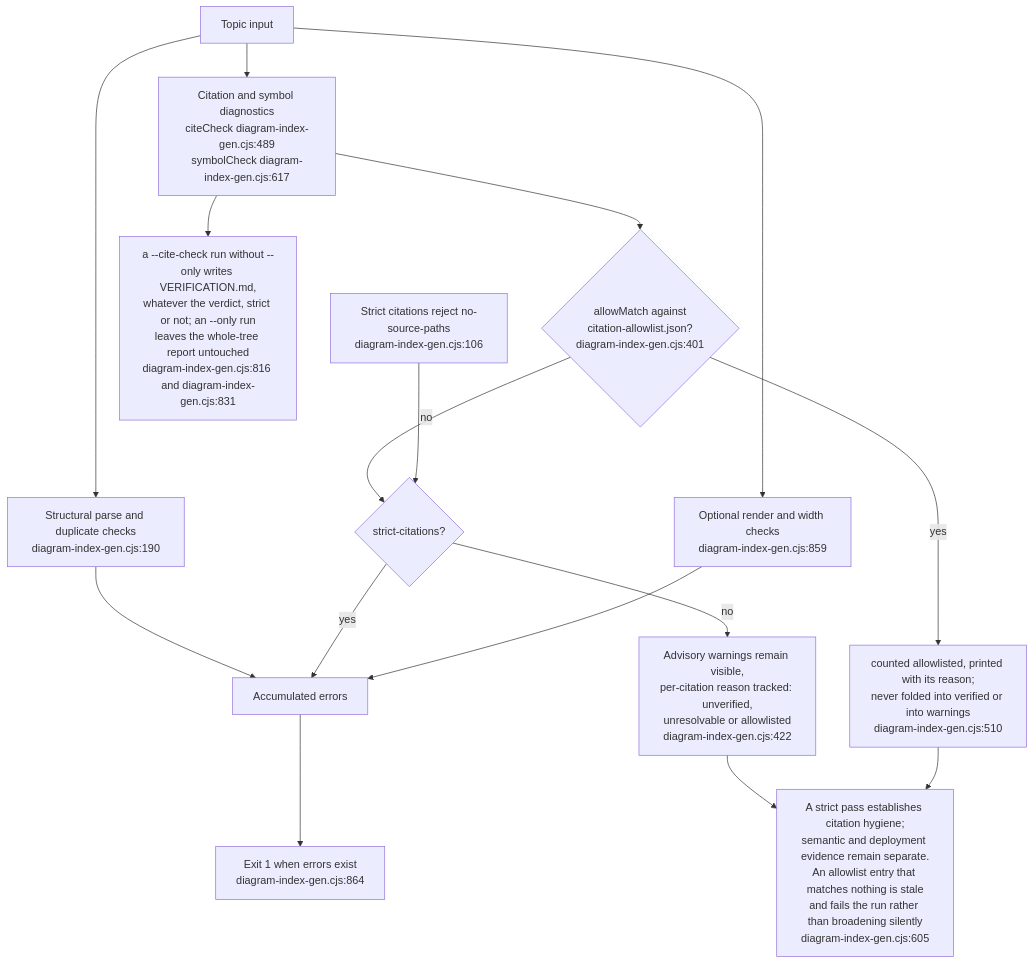
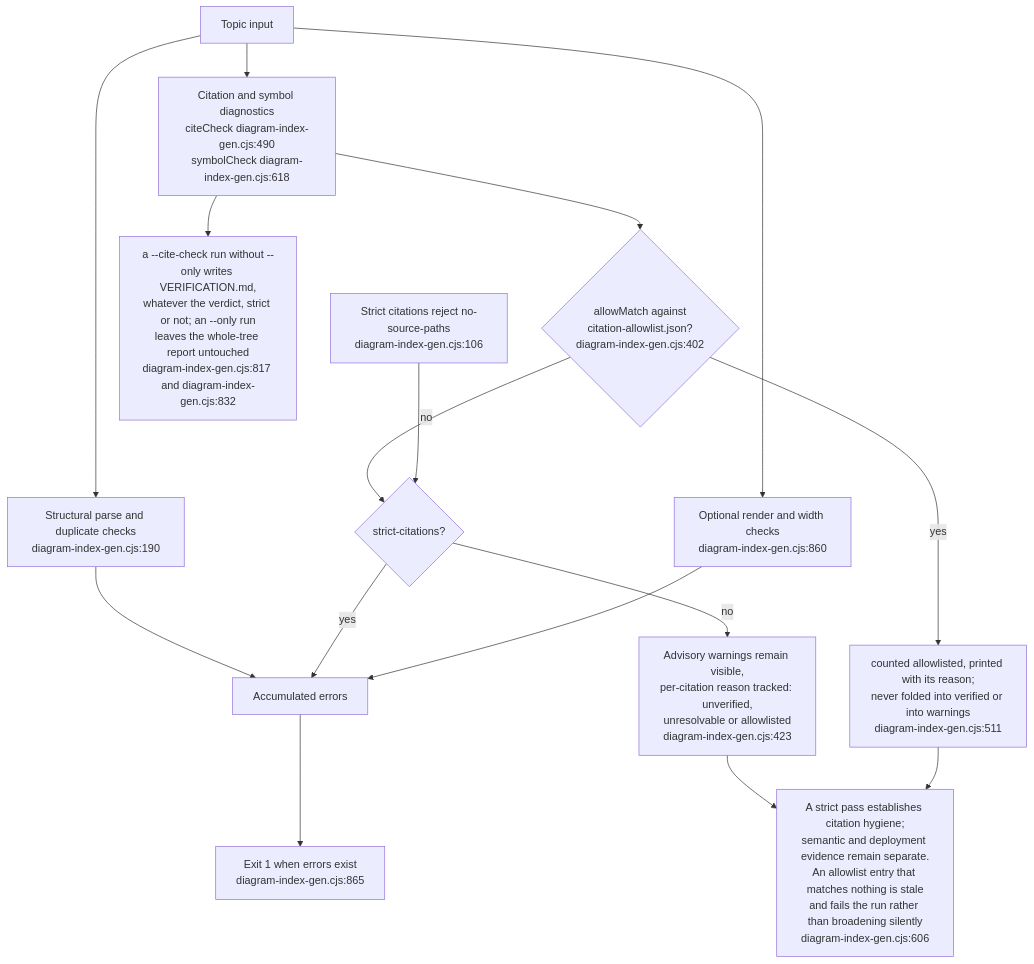
The ninth of 14 diagrams in docs/diagrams/visionflow/06-diagram-tooling.md (DreamLab-AI/VisionFlow), drawn with Mermaid before and after one commit. The commit also changed other lines of this file and 80 other files, not shown here.

First line of the commit message:
docs(diagrams): re-verify the agentbox, dreamlab, estate and visionflow corpus against current sources

````diff
--- a/docs/diagrams/visionflow/06-diagram-tooling.md
+++ b/docs/diagrams/visionflow/06-diagram-tooling.md
@@ -308,19 +308,19 @@
 ```mermaid
 flowchart TB
     I["Topic input"] --> P["Structural parse and duplicate checks<br/>diagram-index-gen.cjs:190"]
     P --> ERR["Accumulated errors"]
-    I --> C["Citation and symbol diagnostics<br/>citeCheck diagram-index-gen.cjs:489<br/>symbolCheck diagram-index-gen.cjs:617"]
-    C --> WAIVE{"allowMatch against<br/>citation-allowlist.json?<br/>diagram-index-gen.cjs:401"}
-    WAIVE -->|yes| NOTE["counted allowlisted, printed with its reason;<br/>never folded into verified or into warnings<br/>diagram-index-gen.cjs:510"]
+    I --> C["Citation and symbol diagnostics<br/>citeCheck diagram-index-gen.cjs:490<br/>symbolCheck diagram-index-gen.cjs:618"]
+    C --> WAIVE{"allowMatch against<br/>citation-allowlist.json?<br/>diagram-index-gen.cjs:402"}
+    WAIVE -->|yes| NOTE["counted allowlisted, printed with its reason;<br/>never folded into verified or into warnings<br/>diagram-index-gen.cjs:511"]
     WAIVE -->|no| STRICT{"strict-citations?"}
     STRICT -->|yes| ERR
-    STRICT -->|no| WARN["Advisory warnings remain visible,<br/>per-citation reason tracked: unverified,<br/>unresolvable or allowlisted<br/>diagram-index-gen.cjs:422"]
-    C --> VER["a --cite-check run without --only writes VERIFICATION.md,<br/>whatever the verdict, strict or not; an --only run<br/>leaves the whole-tree report untouched<br/>diagram-index-gen.cjs:816 and diagram-index-gen.cjs:831"]
-    I --> R["Optional render and width checks<br/>diagram-index-gen.cjs:859"]
+    STRICT -->|no| WARN["Advisory warnings remain visible,<br/>per-citation reason tracked: unverified,<br/>unresolvable or allowlisted<br/>diagram-index-gen.cjs:423"]
+    C --> VER["a --cite-check run without --only writes VERIFICATION.md,<br/>whatever the verdict, strict or not; an --only run<br/>leaves the whole-tree report untouched<br/>diagram-index-gen.cjs:817 and diagram-index-gen.cjs:832"]
+    I --> R["Optional render and width checks<br/>diagram-index-gen.cjs:860"]
     R --> ERR
-    ERR --> FAIL["Exit 1 when errors exist<br/>diagram-index-gen.cjs:864"]
+    ERR --> FAIL["Exit 1 when errors exist<br/>diagram-index-gen.cjs:865"]
     MODE["Strict citations reject no-source-paths<br/>diagram-index-gen.cjs:106"] --> STRICT
-    LIMIT["A strict pass establishes citation hygiene;<br/>semantic and deployment evidence remain separate.<br/>An allowlist entry that matches nothing is stale<br/>and fails the run rather than broadening silently<br/>diagram-index-gen.cjs:605"]
+    LIMIT["A strict pass establishes citation hygiene;<br/>semantic and deployment evidence remain separate.<br/>An allowlist entry that matches nothing is stale<br/>and fails the run rather than broadening silently<br/>diagram-index-gen.cjs:606"]
     WARN --> LIMIT
     NOTE --> LIMIT
 ```
````
